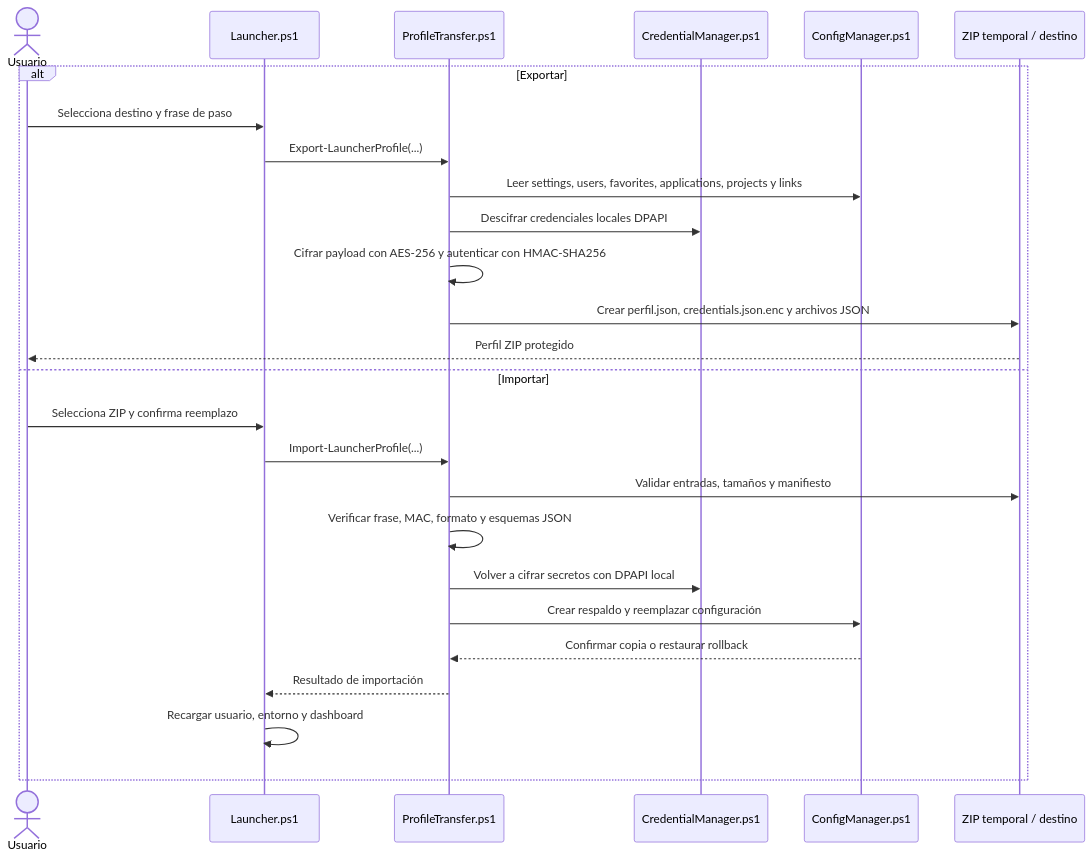
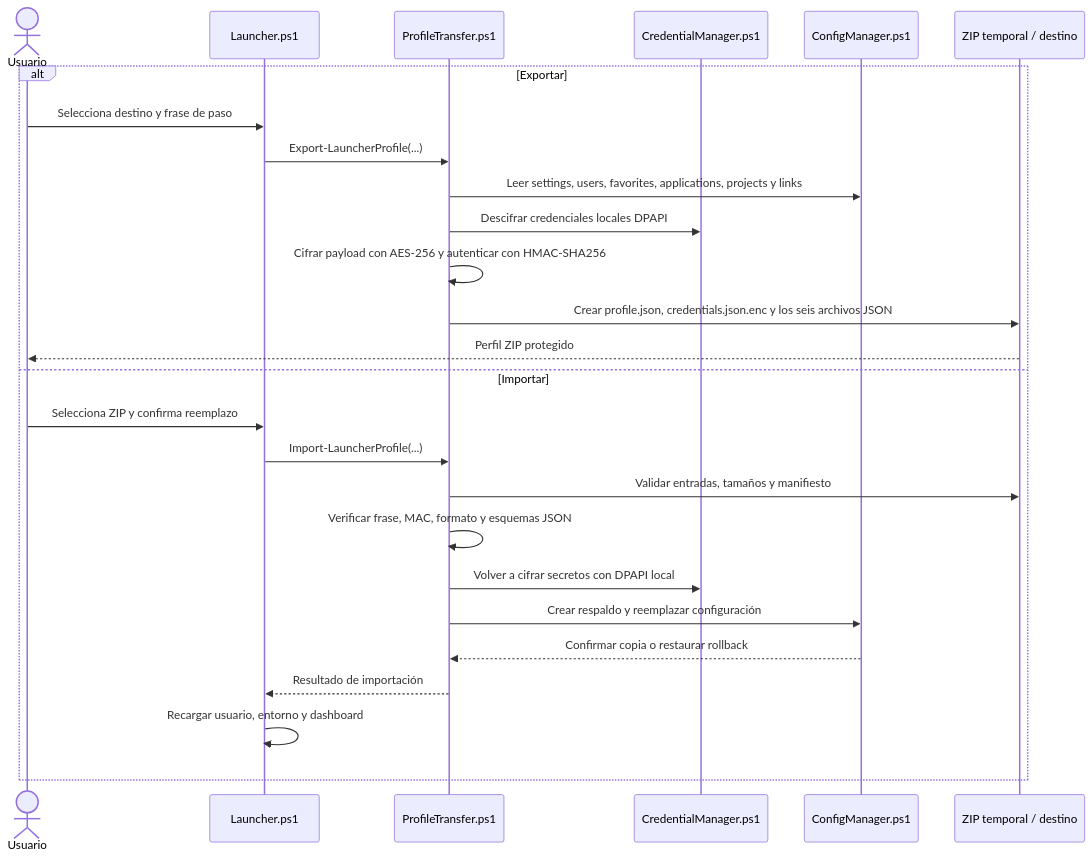
The third of 4 diagrams in README.md (diegoquinonez1/APPLauncher), drawn with Mermaid before and after one commit. The commit also changed other lines of this file and 6 other files, not shown here.

````diff
--- a/README.md
+++ b/README.md
@@ -135,29 +139,29 @@
 ```mermaid
 sequenceDiagram
     actor U as Usuario
     participant UI as Launcher.ps1
     participant Transfer as ProfileTransfer.ps1
     participant Cred as CredentialManager.ps1
     participant Config as ConfigManager.ps1
     participant Zip as ZIP temporal / destino
 
     alt Exportar
         U->>UI: Selecciona destino y frase de paso
         UI->>Transfer: Export-LauncherProfile(...)
         Transfer->>Config: Leer settings, users, favorites, applications, projects y links
         Transfer->>Cred: Descifrar credenciales locales DPAPI
         Transfer->>Transfer: Cifrar payload con AES-256 y autenticar con HMAC-SHA256
-        Transfer->>Zip: Crear perfil.json, credentials.json.enc y archivos JSON
+        Transfer->>Zip: Crear profile.json, credentials.json.enc y los seis archivos JSON
         Zip-->>U: Perfil ZIP protegido
     else Importar
         U->>UI: Selecciona ZIP y confirma reemplazo
         UI->>Transfer: Import-LauncherProfile(...)
         Transfer->>Zip: Validar entradas, tamaños y manifiesto
         Transfer->>Transfer: Verificar frase, MAC, formato y esquemas JSON
         Transfer->>Cred: Volver a cifrar secretos con DPAPI local
         Transfer->>Config: Crear respaldo y reemplazar configuración
         Config-->>Transfer: Confirmar copia o restaurar rollback
         Transfer-->>UI: Resultado de importación
         UI->>UI: Recargar usuario, entorno y dashboard
     end
 ```
````
